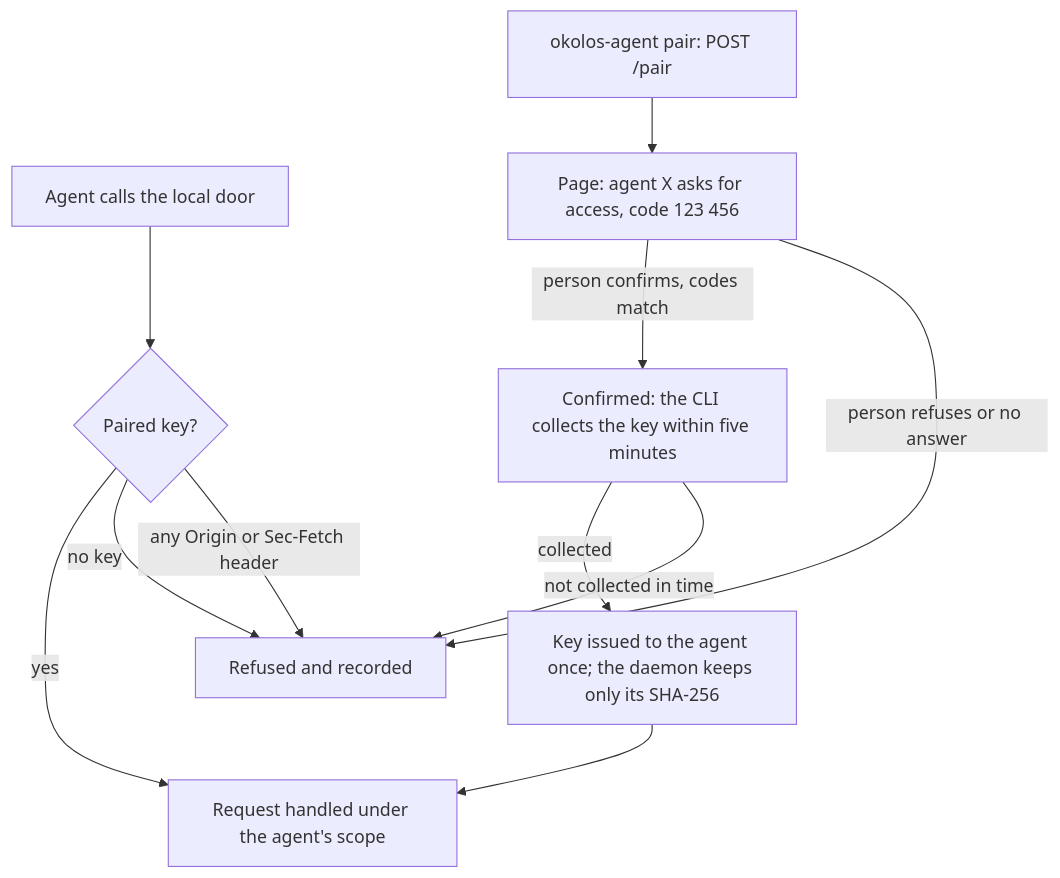
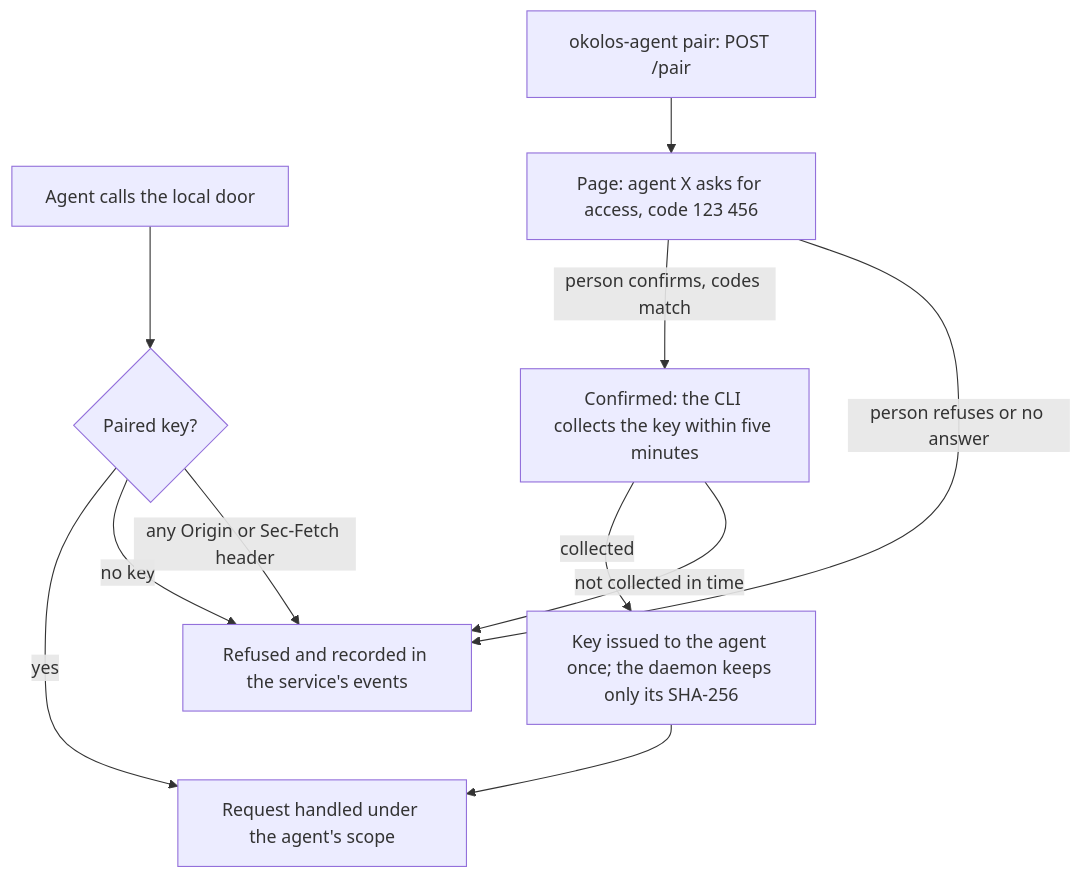
Diagram 21 of 23 in docs/ux/flows.md (passioncode-ai/okolos), drawn with Mermaid before and after one commit. The commit also changed other lines of this file and 18 other files, not shown here.

````diff
--- a/docs/ux/flows.md
+++ b/docs/ux/flows.md
@@ -707,14 +707,14 @@
 ```mermaid
 flowchart TD
   A[Agent calls the local door] --> K{Paired key?}
   PR[okolos-agent pair: POST /pair] --> P
   K -->|yes| OK[Request handled under the agent's scope]
   K -->|no key| N
   P[Page: agent X asks for access, code 123 456]
   P -->|person confirms, codes match| C[Confirmed: the CLI collects the key within five minutes]
   C -->|collected| R[Key issued to the agent once; the daemon keeps only its SHA-256]
   C -->|not collected in time| N
-  P -->|person refuses or no answer| N[Refused and recorded]
+  P -->|person refuses or no answer| N[Refused and recorded in the service's events]
   R --> OK
   K -->|any Origin or Sec-Fetch header| N
 ```
````
